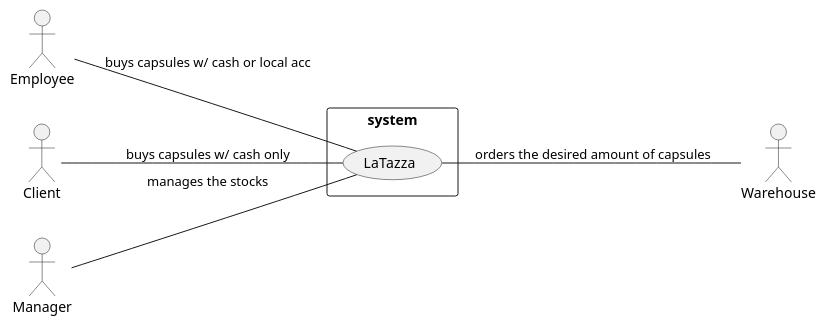
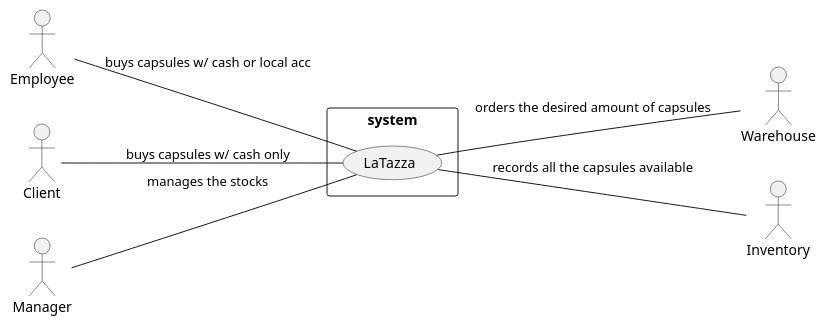
The first of 2 diagrams in templates/RequirementsTemplate.md (DarkSee/LaTazza), drawn with PlantUML before and after one commit. The commit also changed other lines of this file, not shown here.

````diff
--- a/templates/RequirementsTemplate.md
+++ b/templates/RequirementsTemplate.md
@@ -43,17 +45,19 @@
 ```plantuml
 left to right direction
 skinparam packageStyle rectangle
 
 actor Employee as E
 actor Client as C
 actor Manager as M
 actor Warehouse as W
+actor Inventory as I
 
 rectangle system {
   (LaTazza) as LT
    M -- LT : "manages the stocks"
    E -- LT : "buys capsules w/ cash or local acc"
    C -- LT : "buys capsules w/ cash only"
+   LT -- I : "records all the capsules available"
    LT -- W : "orders the desired amount of capsules"
 }
 ```
````
